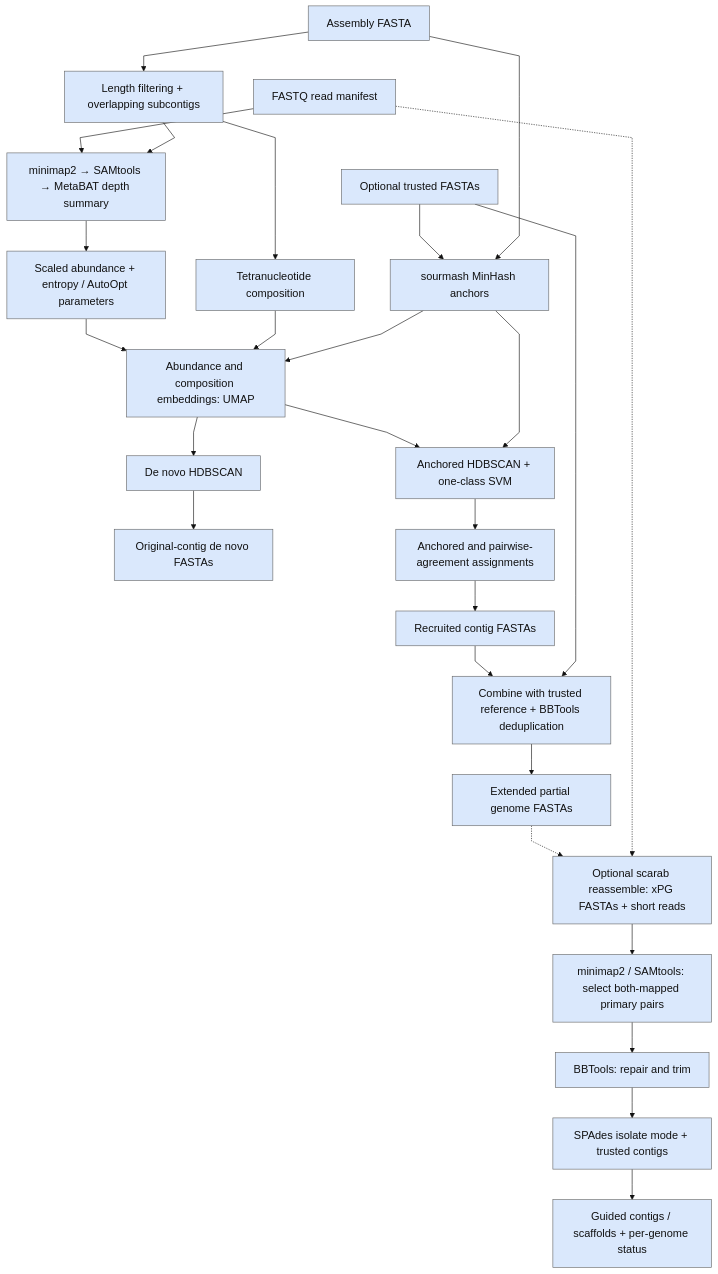
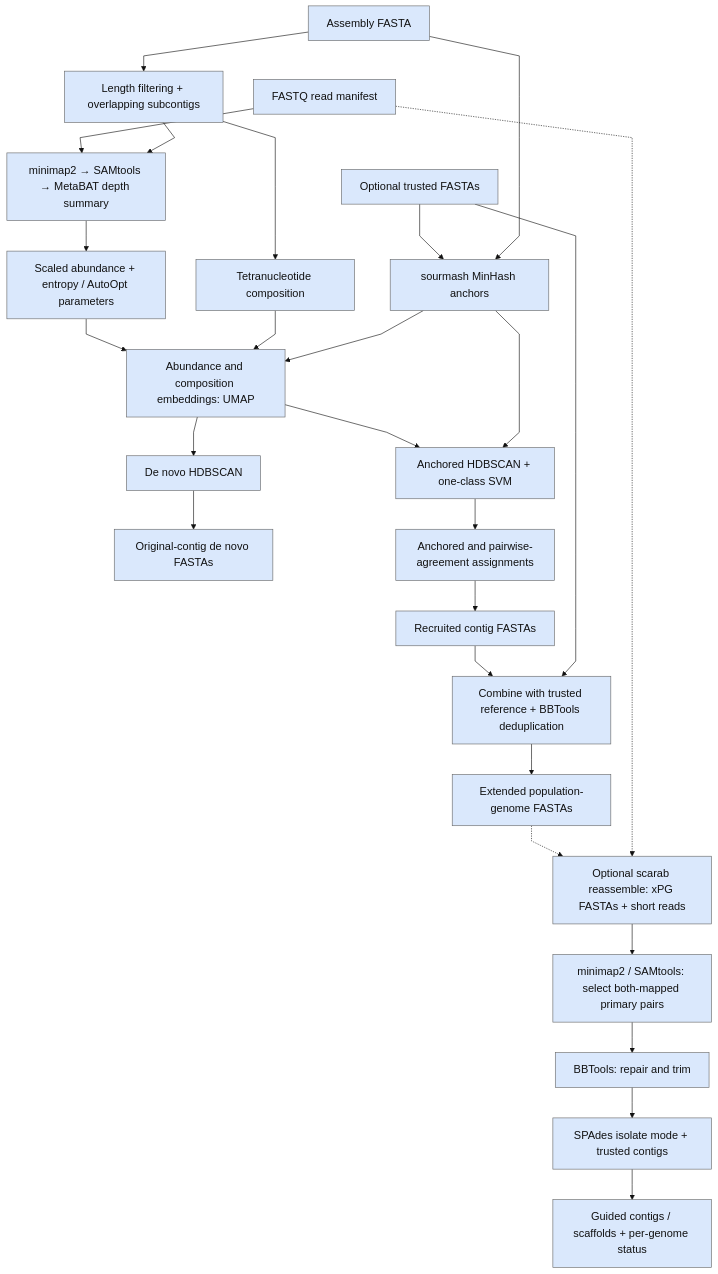
Before and after one commit to hallamlab/SCARAB: the diagram in docs/diagrams/data-flow.mmd, drawn with Mermaid. The commit also changed 13 other files, not shown here.

Commit message:
Correct xPG expansion to extended population-genomes

```diff
--- a/docs/diagrams/data-flow.mmd
+++ b/docs/diagrams/data-flow.mmd
@@ -1,28 +1,28 @@
 %%{init: {"theme":"base","themeVariables":{"fontFamily":"Times New Roman, Times, serif","fontSize":"18px","primaryColor":"#DAE8FC","primaryTextColor":"#111111","primaryBorderColor":"#666666","lineColor":"#111111","secondaryColor":"#D5E8D4","tertiaryColor":"#F5F5F5","edgeLabelBackground":"#ffffff"},"flowchart":{"htmlLabels":false,"curve":"linear"}}}%%
 flowchart TB
  A["Assembly FASTA"] --> B["Length filtering + overlapping subcontigs"]
  C["Optional trusted FASTAs"] --> D["sourmash MinHash anchors"]
  A --> D
  E["FASTQ read manifest"] --> F["minimap2 → SAMtools → MetaBAT depth summary"]
  B --> F
  B --> G["Tetranucleotide composition"]
  F --> H["Scaled abundance + entropy / AutoOpt parameters"]
  H --> I["Abundance and composition embeddings: UMAP"]
  G --> I
  D --> I
  I --> J["De novo HDBSCAN"]
  I --> K["Anchored HDBSCAN + one-class SVM"]
  D --> K
  J --> L["Original-contig de novo FASTAs"]
  K --> M["Anchored and pairwise-agreement assignments"]
  M --> N["Recruited contig FASTAs"]
  N --> O["Combine with trusted reference + BBTools deduplication"]
  C --> O
- O --> P["Extended partial genome FASTAs"]
+ O --> P["Extended population-genome FASTAs"]
 
  P -.-> R
  E -.-> R
  R["Optional scarab reassemble: xPG FASTAs + short reads"] --> S["minimap2 / SAMtools: select both-mapped primary pairs"]
  S --> T["BBTools: repair and trim"]
  T --> U["SPAdes isolate mode + trusted contigs"]
  U --> V["Guided contigs / scaffolds + per-genome status"]
```
